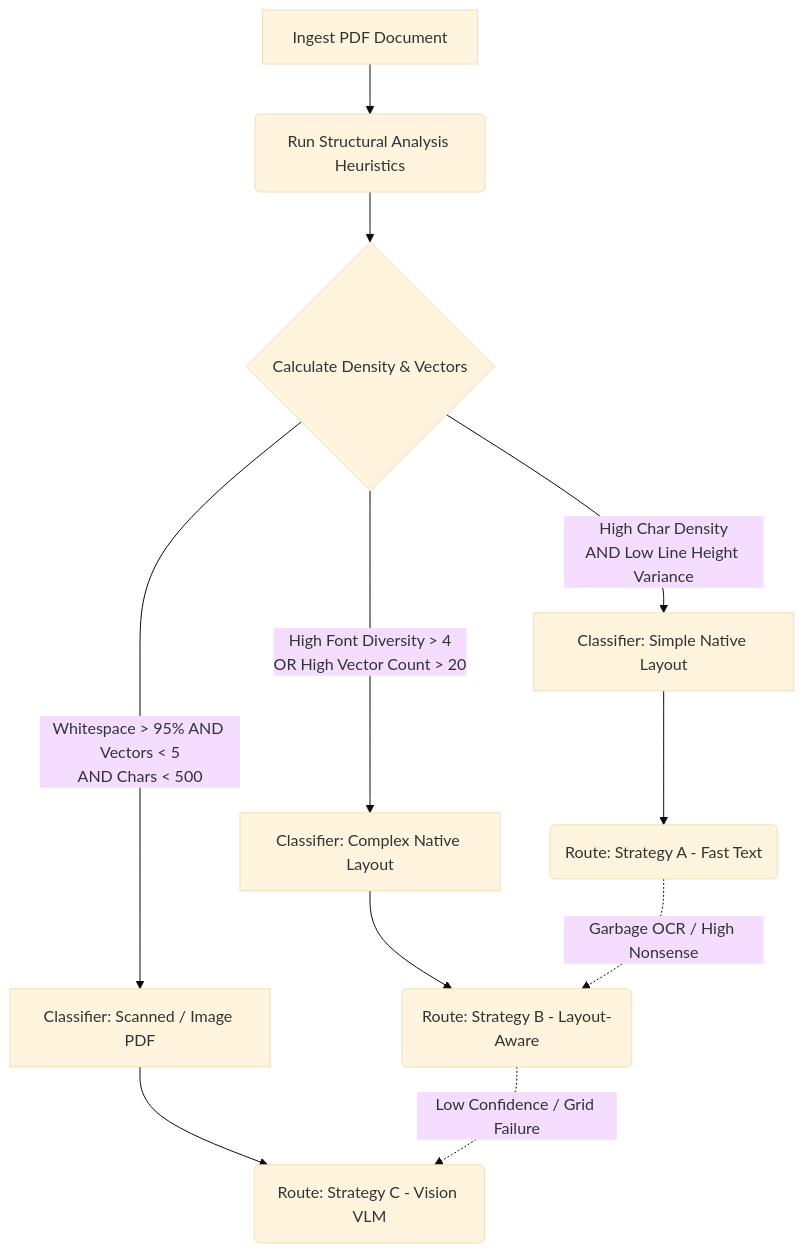
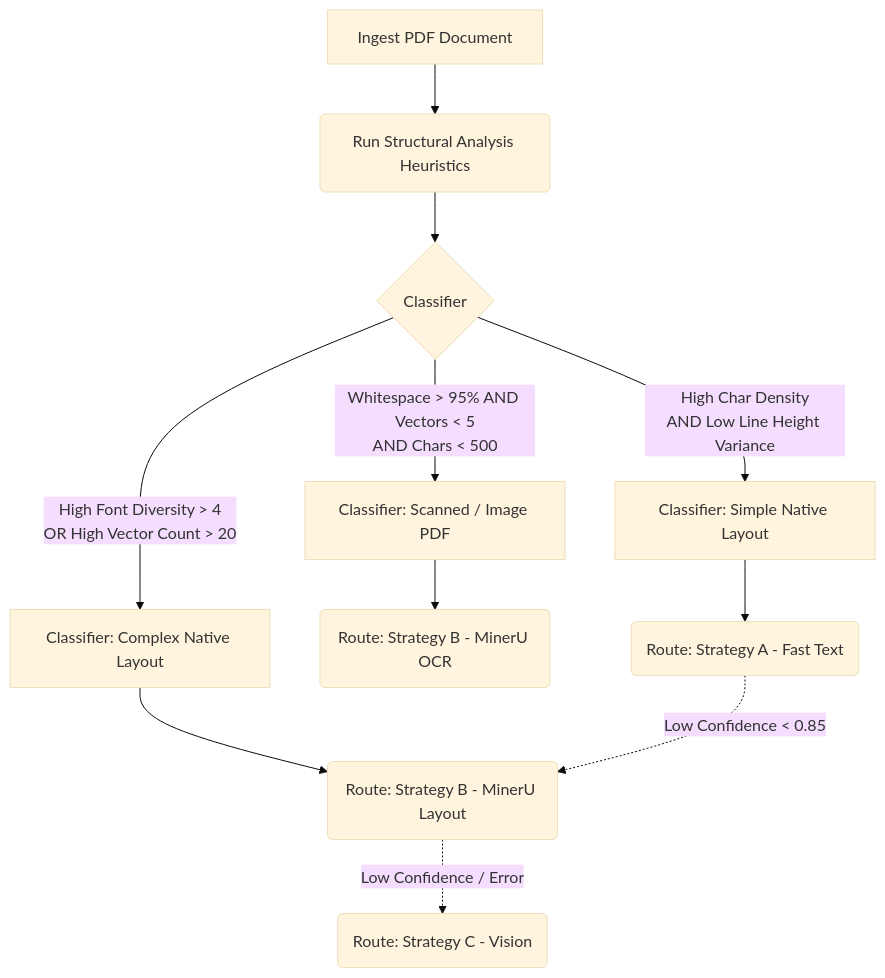
One commit to richh-s/document_intelligence_refinery changed the second of 3 diagrams in final_project_report.md. Above: the diagram before and after it, drawn with Mermaid (base theme). The commit also changed other lines of this file, not shown here.

````diff
--- a/final_project_report.md
+++ b/final_project_report.md
@@ -62,16 +65,16 @@
 ```mermaid
 graph TD
     A[Ingest PDF Document] --> B(Run Structural Analysis Heuristics)
-    B --> C{Calculate Density & Vectors}
+    B --> C{Classifier}
     
     C -- Whitespace > 95% AND Vectors < 5<br/>AND Chars < 500 --> D[Classifier: Scanned / Image PDF]
     C -- High Font Diversity > 4<br/>OR High Vector Count > 20 --> E[Classifier: Complex Native Layout]
-    C -- High Char Density<br/>AND Low Line Height Variance --> F[Classifier: Simple Native Layout]
+    C -- High Char Density<br/>AND Low Line Height Variance --> f[Classifier: Simple Native Layout]
 
-    D --> G(Route: Strategy C - Vision VLM)
-    E --> H(Route: Strategy B - Layout-Aware)
-    F --> I(Route: Strategy A - Fast Text)
+    D --> G(Route: Strategy B - MinerU OCR)
+    E --> H(Route: Strategy B - MinerU Layout)
+    f --> I(Route: Strategy A - Fast Text)
     
-    H -.->|Low Confidence / Grid Failure| G
-    I -.->|Garbage OCR / High Nonsense| H
+    H -.->|Low Confidence / Error| J(Route: Strategy C - Vision)
+    I -.->|Low Confidence < 0.85| H
 ```
````
